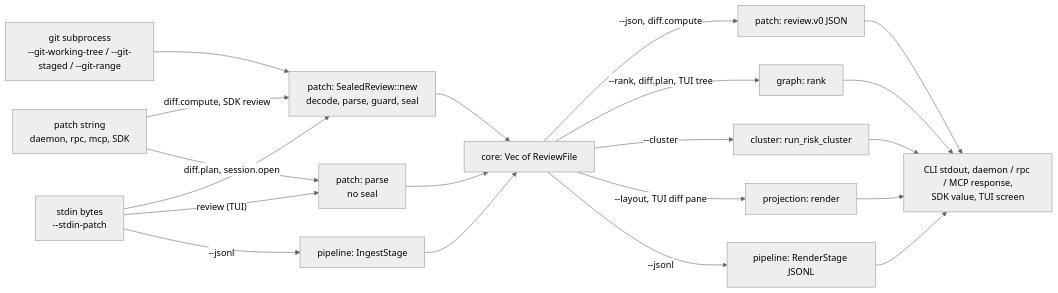
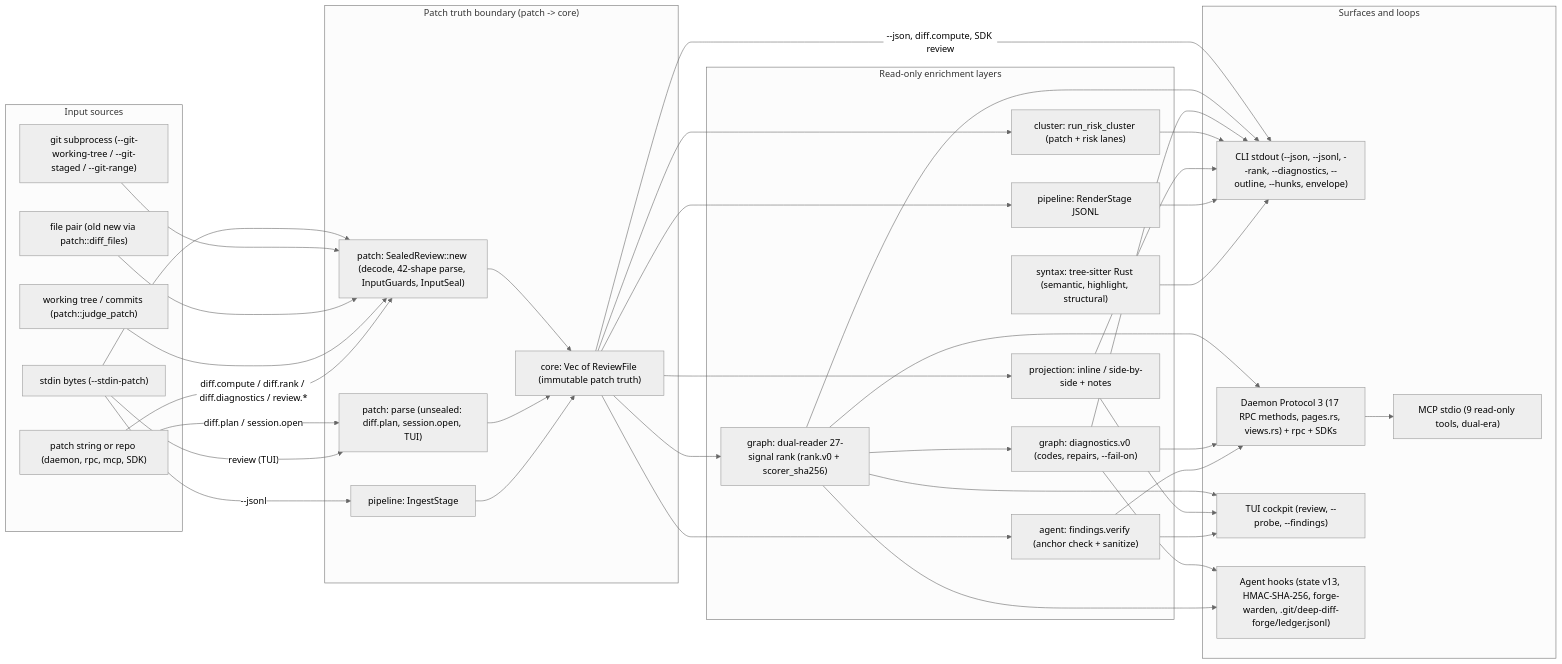
Before and after one commit to Louranicas/deep-diff-forge: the second of 2 diagrams in docs/ARCHITECTURE.md, drawn with Mermaid (neutral theme). The commit also changed other lines of this file and 36 other files, not shown here.

First line of the commit message:
docs: comprehensive v0.11.0 documentation and schematics overhaul

````diff
--- a/docs/ARCHITECTURE.md
+++ b/docs/ARCHITECTURE.md
@@ -122,36 +156,75 @@
 ```mermaid
 flowchart LR
-    Stdin["stdin bytes<br/>--stdin-patch"]
-    Git["git subprocess<br/>--git-working-tree / --git-staged / --git-range"]
-    Req["patch string<br/>daemon, rpc, mcp, SDK"]
-    Seal["patch: SealedReview::new<br/>decode, parse, guard, seal"]
-    Parse["patch: parse<br/>no seal"]
-    Ingest["pipeline: IngestStage"]
-    Model["core: Vec of ReviewFile"]
-    Json["patch: review.v0 JSON"]
-    Rank["graph: rank"]
-    Cluster["cluster: run_risk_cluster"]
-    Proj["projection: render"]
-    Jsonl["pipeline: RenderStage JSONL"]
-    Out["CLI stdout, daemon / rpc / MCP response,<br/>SDK value, TUI screen"]
+    subgraph Inputs["Input sources"]
+        Stdin["stdin bytes (--stdin-patch)"]
+        Git["git subprocess (--git-working-tree / --git-staged / --git-range)"]
+        FilePair["file pair (old new via patch::diff_files)"]
+        JudgeIn["working tree / commits (patch::judge_patch)"]
+        Req["patch string or repo (daemon, rpc, mcp, SDK)"]
+    end
+
+    subgraph Truth["Patch truth boundary (patch -> core)"]
+        Seal["patch: SealedReview::new (decode, 42-shape parse, InputGuards, InputSeal)"]
+        Parse["patch: parse (unsealed: diff.plan, session.open, TUI)"]
+        Ingest["pipeline: IngestStage"]
+        Model["core: Vec of ReviewFile (immutable patch truth)"]
+    end
+
+    subgraph Enrich["Read-only enrichment layers"]
+        Rank["graph: dual-reader 27-signal rank (rank.v0 + scorer_sha256)"]
+        Diag["graph: diagnostics.v0 (codes, repairs, --fail-on)"]
+        Cluster["cluster: run_risk_cluster (patch + risk lanes)"]
+        Proj["projection: inline / side-by-side + notes"]
+        Findings["agent: findings.verify (anchor check + sanitize)"]
+        Jsonl["pipeline: RenderStage JSONL"]
+        Syntax["syntax: tree-sitter Rust (semantic, highlight, structural)"]
+    end
+
+    subgraph Surfaces["Surfaces and loops"]
+        CliOut["CLI stdout (--json, --jsonl, --rank, --diagnostics, --outline, --hunks, envelope)"]
+        DaemonOut["Daemon Protocol 3 (17 RPC methods, pages.rs, views.rs) + rpc + SDKs"]
+        McpOut["MCP stdio (9 read-only tools, dual-era)"]
+        TuiOut["TUI cockpit (review, --probe, --findings)"]
+        HooksOut["Agent hooks (state v13, HMAC-SHA-256, forge-warden, .git/deep-diff-forge/ledger.jsonl)"]
+    end
 
     Stdin --> Seal
     Git --> Seal
-    Req -- "diff.compute, SDK review" --> Seal
-    Req -- "diff.plan, session.open" --> Parse
+    FilePair --> Seal
+    JudgeIn --> Seal
+    Req -- "diff.compute / diff.rank / diff.diagnostics / review.*" --> Seal
+    Req -- "diff.plan / session.open" --> Parse
     Stdin -- "review (TUI)" --> Parse
     Stdin -- "--jsonl" --> Ingest
+
     Seal --> Model
     Parse --> Model
     Ingest --> Model
-    Model -- "--json, diff.compute" --> Json
-    Model -- "--rank, diff.plan, TUI tree" --> Rank
-    Model -- "--cluster" --> Cluster
-    Model -- "--layout, TUI diff pane" --> Proj
-    Model -- "--jsonl" --> Jsonl
-    Json --> Out
-    Rank --> Out
-    Cluster --> Out
-    Proj --> Out
-    Jsonl --> Out
+
+    Model --> Rank
+    Rank --> Diag
+    Model --> Cluster
+    Model --> Proj
+    Model --> Findings
+    Model --> Jsonl
+
+    Model -- "--json, diff.compute, SDK review" --> CliOut
+    Rank --> CliOut
+    Diag --> CliOut
+    Cluster --> CliOut
+    Proj --> CliOut
+    Jsonl --> CliOut
+    Syntax --> CliOut
+
+    Rank --> DaemonOut
+    Diag --> DaemonOut
+    Findings --> DaemonOut
+    DaemonOut --> McpOut
+
+    Rank --> TuiOut
+    Proj --> TuiOut
+    Findings --> TuiOut
+
+    Diag --> HooksOut
+    Rank --> HooksOut
 ```
````
